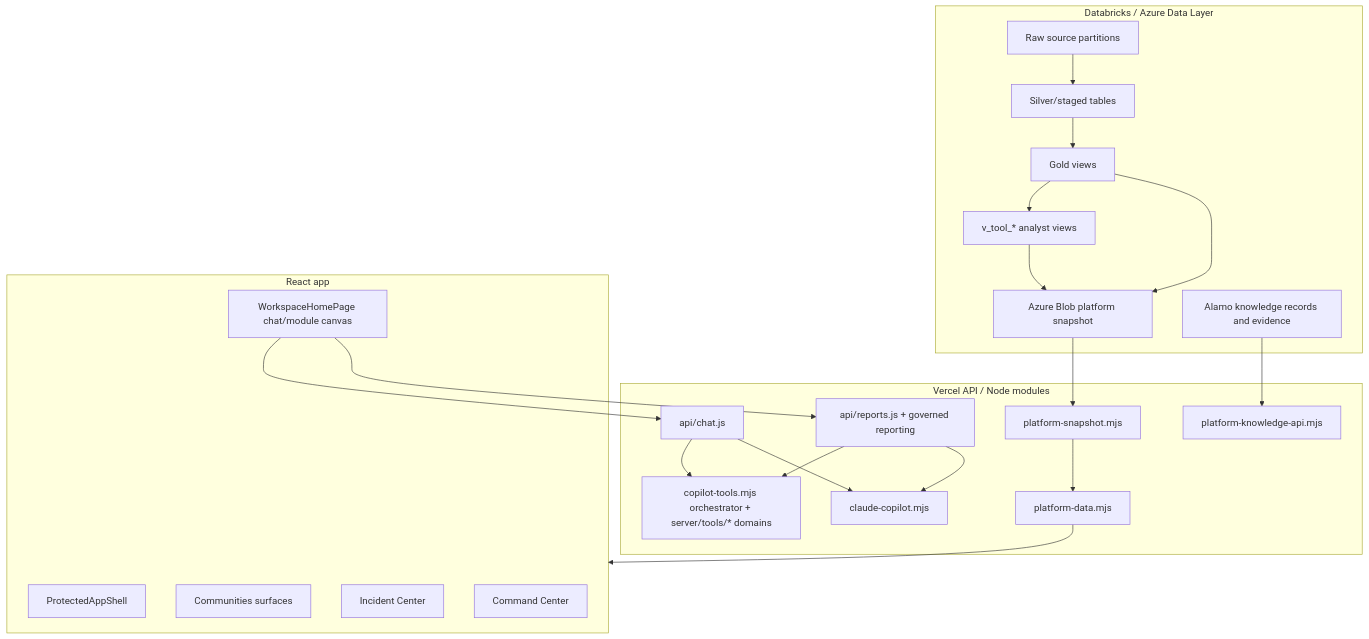
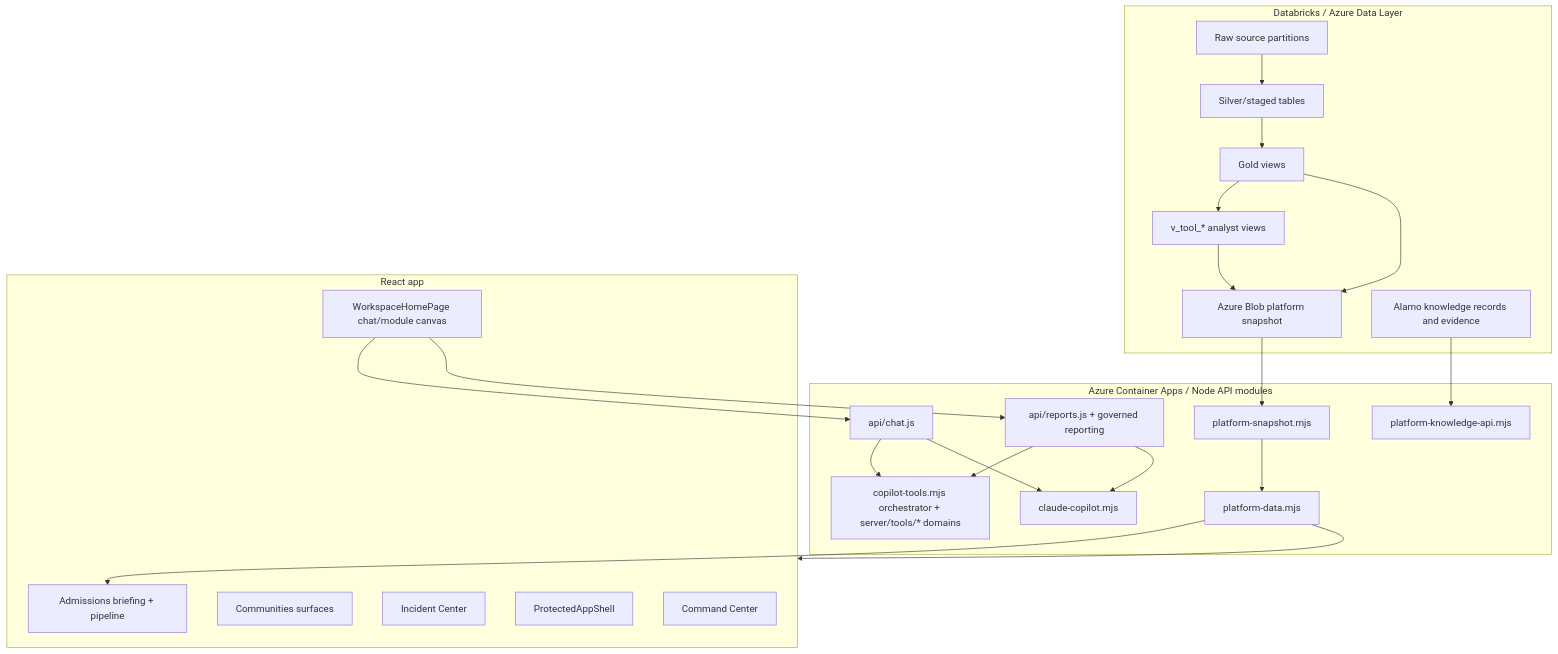
One commit to 3wilsoneric/alamo-platform-app changed the diagram in docs/platform/architecture.md. Above: the diagram before and after it, drawn with Mermaid. The commit also changed other lines of this file and 2 other files, not shown here.

Commit message:
Refresh data architecture explainer

````diff
--- a/docs/platform/architecture.md
+++ b/docs/platform/architecture.md
@@ -25,41 +25,43 @@
 ```mermaid
 flowchart TD
     subgraph Data["Databricks / Azure Data Layer"]
       Raw["Raw source partitions"]
       Silver["Silver/staged tables"]
       Gold["Gold views"]
       ToolContext["v_tool_* analyst views"]
       Blob["Azure Blob platform snapshot"]
       Knowledge["Alamo knowledge records and evidence"]
     end
 
-    subgraph Server["Vercel API / Node modules"]
+    subgraph Server["Azure Container Apps / Node API modules"]
       Snapshot["platform-snapshot.mjs"]
       PlatformData["platform-data.mjs"]
       ChatApi["api/chat.js"]
       Tools["copilot-tools.mjs orchestrator + server/tools/* domains"]
       Claude["claude-copilot.mjs"]
       Reports["api/reports.js + governed reporting"]
       KnowledgeApi["platform-knowledge-api.mjs"]
     end
 
     subgraph Client["React app"]
       Shell["ProtectedAppShell"]
       Home["WorkspaceHomePage chat/module canvas"]
       Communities["Communities surfaces"]
       Incidents["Incident Center"]
+      Admissions["Admissions briefing + pipeline"]
       Command["Command Center"]
     end
 
     Raw --> Silver --> Gold --> ToolContext
     Gold --> Blob
     ToolContext --> Blob
     Knowledge --> KnowledgeApi
     Blob --> Snapshot --> PlatformData
     PlatformData --> Client
+    PlatformData --> Admissions
     Home --> ChatApi --> Tools
     ChatApi --> Claude
     Home --> Reports
     Reports --> Tools
     Reports --> Claude
 ```
````
